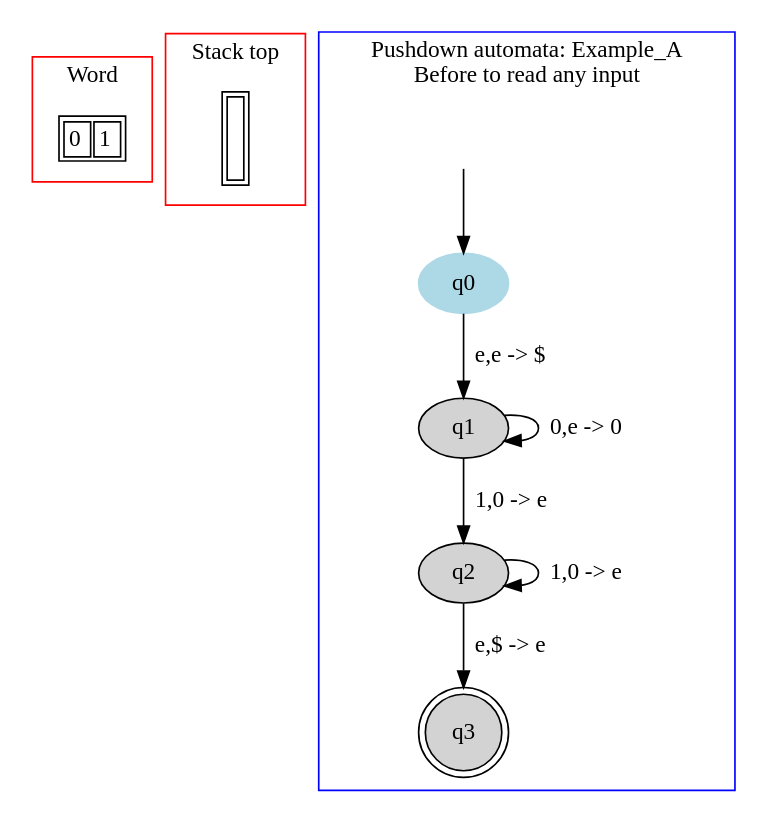
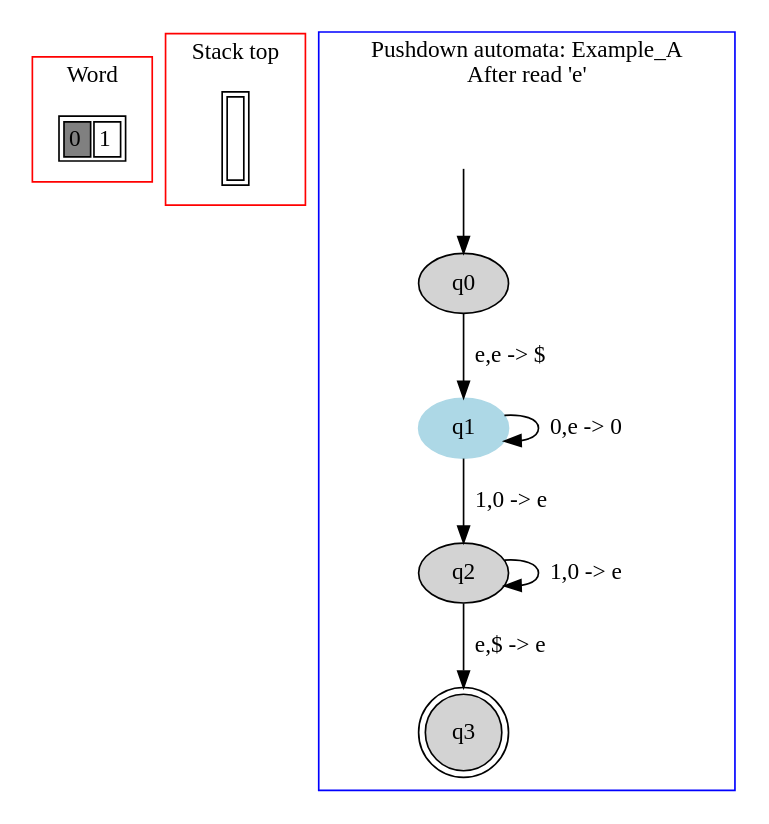
The diagram in PA/images/file1.dot (danielScLima/pushdown_automata), drawn with Graphviz before and after one commit. The commit also changed 7 other files, not shown here.

```diff
--- a/PA/images/file1.dot
+++ b/PA/images/file1.dot
@@ -1,43 +1,43 @@
 digraph G {
 	subgraph cluster_0 {
 		node [shape=plaintext];
 
 struct1 [label=<<TABLE>
 <TR>
-<TD><FONT>0</FONT></TD>
+<TD BGCOLOR="gray"><FONT>0</FONT></TD>
 <TD><FONT>1</FONT></TD>
 </TR>
 </TABLE>>];
 label = "Word";
 color=red;
 }
 	subgraph cluster_2 {
 		node [shape=plaintext];
 
 struct2 [label=<<TABLE>
 <TR>
 <TD width="10" height="50">
 </TD>
 </TR>
 </TABLE>>];
 label = "Stack top";
 color=red;
 }
 	subgraph cluster_1 {
 		node [style=filled];
 		label = "Pushdown automata: Example_A
-Before to read any input"
+After read 'e'"
 		color=blue;
 
-		q0 [color="lightblue"];
-		q1;
+		q0;
+		q1 [color="lightblue"];
 		q2;
 		q3 [shape="doublecircle"];
 		q0->q1[label="e,e -> $"];
 		q1->q1[label="0,e -> 0"];
 		q1->q2[label="1,0 -> e"];
 		q2->q2[label="1,0 -> e"];
 		q2->q3[label="e,$ -> e"];
 x [color=white, label=""];		x->q0	}
 
 }
```
